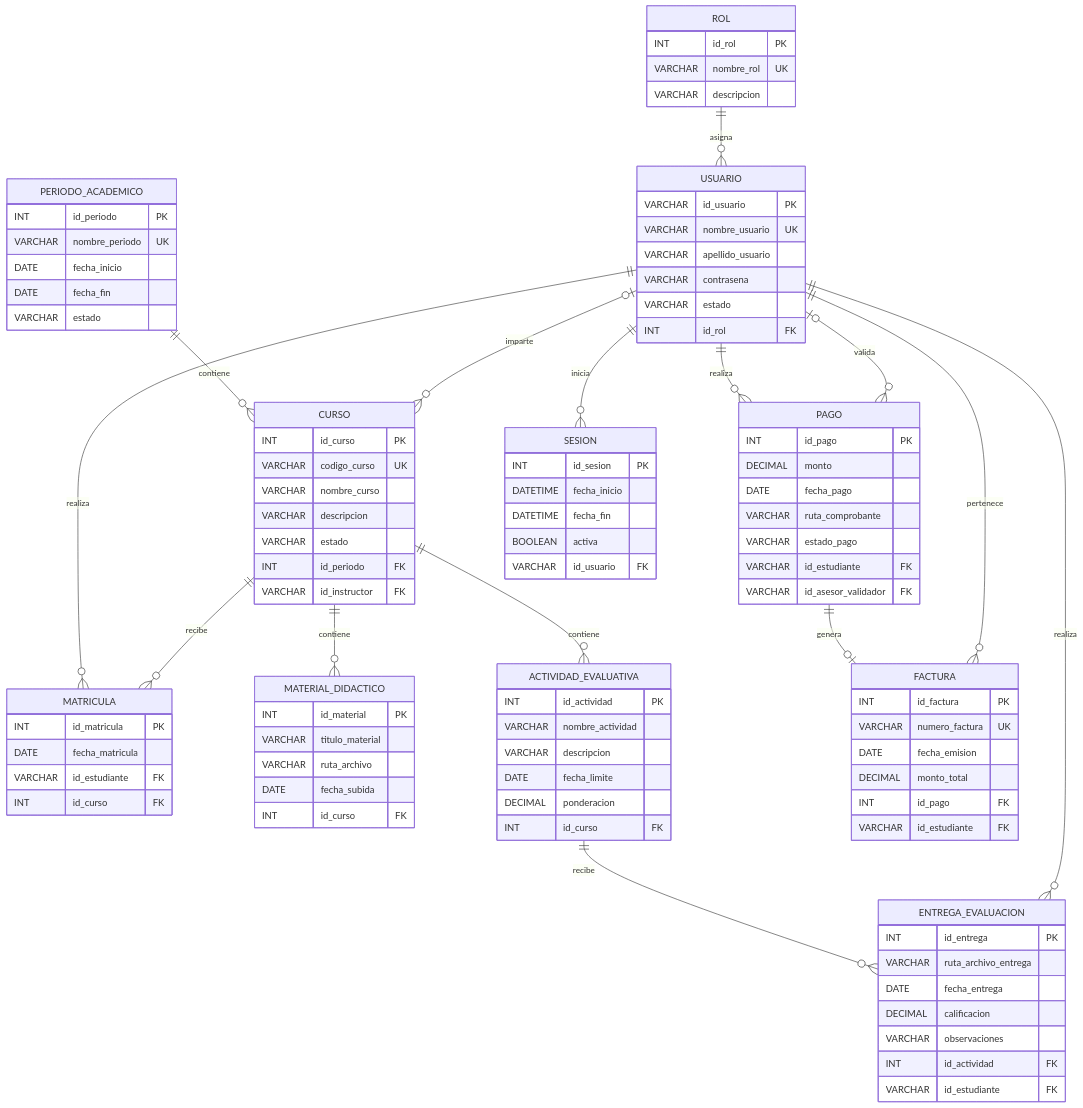
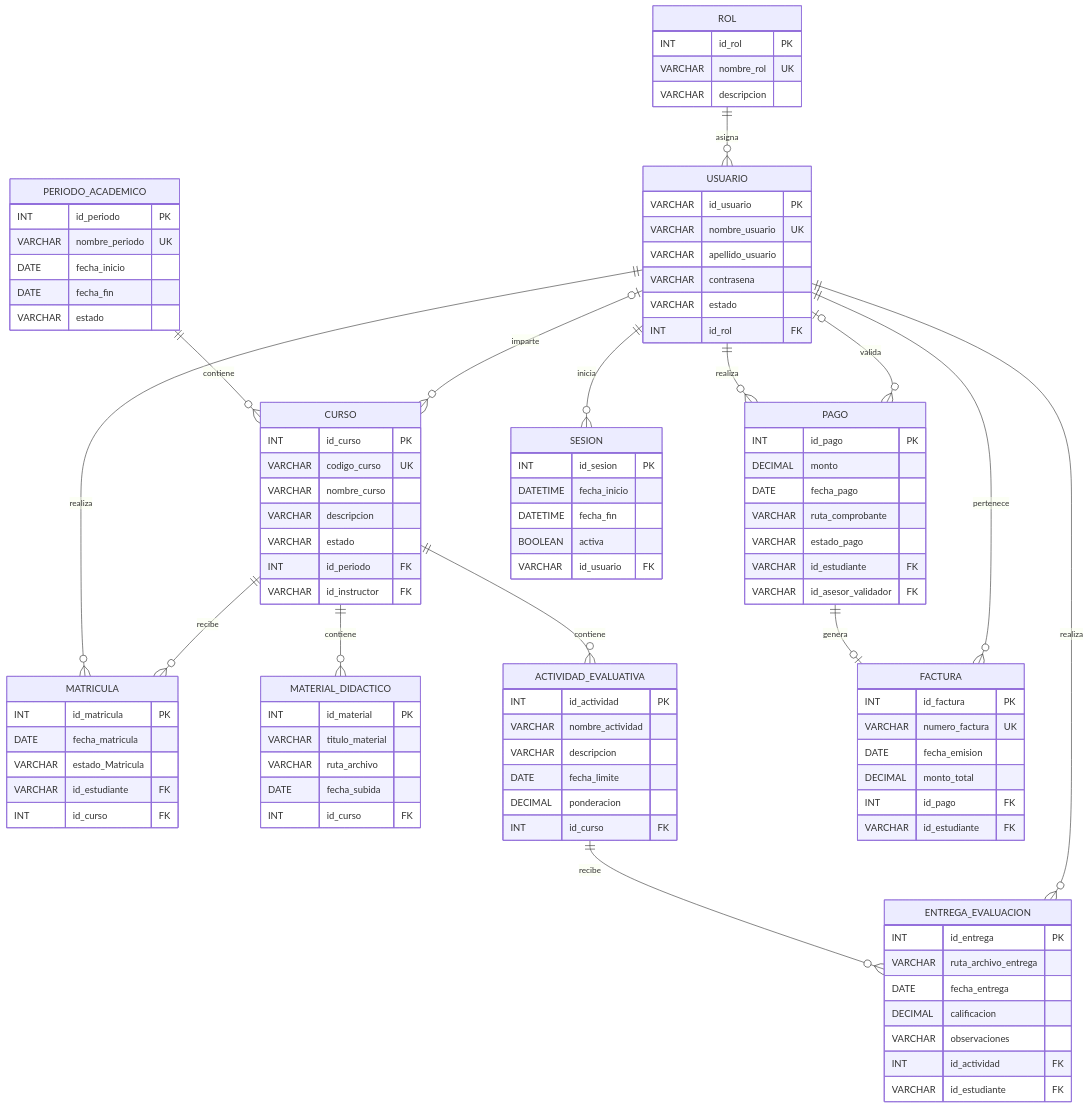
One commit to 2602-Progra-II/prograii-sistema-gestion-academia changed the diagram in docs/uml/05-modelo-relacional.mmd. Above: the diagram before and after it, drawn with Mermaid. The commit also changed 9 other files, not shown here.

Commit message:
docs: actualizar diagramas UML y ER con EstadoMatricula, idAsesorValidador y HU-017

```diff
--- a/docs/uml/05-modelo-relacional.mmd
+++ b/docs/uml/05-modelo-relacional.mmd
@@ -1,120 +1,121 @@
 erDiagram
 
     ROL {
         INT id_rol PK
         VARCHAR nombre_rol UK
         VARCHAR descripcion
     }
 
     USUARIO {
         VARCHAR id_usuario PK
         VARCHAR nombre_usuario UK
         VARCHAR apellido_usuario
         VARCHAR contrasena
         VARCHAR estado
         INT id_rol FK
     }
 
     PERIODO_ACADEMICO {
         INT id_periodo PK
         VARCHAR nombre_periodo UK
         DATE fecha_inicio
         DATE fecha_fin
         VARCHAR estado
     }
 
     CURSO {
         INT id_curso PK
         VARCHAR codigo_curso UK
         VARCHAR nombre_curso
         VARCHAR descripcion
         VARCHAR estado
         INT id_periodo FK
         VARCHAR id_instructor FK
     }
 
     MATRICULA {
         INT id_matricula PK
         DATE fecha_matricula
+        VARCHAR estado_Matricula
         VARCHAR id_estudiante FK
         INT id_curso FK
     }
 
     MATERIAL_DIDACTICO {
         INT id_material PK
         VARCHAR titulo_material
         VARCHAR ruta_archivo
         DATE fecha_subida
         INT id_curso FK
     }
 
     ACTIVIDAD_EVALUATIVA {
         INT id_actividad PK
         VARCHAR nombre_actividad
         VARCHAR descripcion
         DATE fecha_limite
         DECIMAL ponderacion
         INT id_curso FK
     }
 
     ENTREGA_EVALUACION {
         INT id_entrega PK
         VARCHAR ruta_archivo_entrega
         DATE fecha_entrega
         DECIMAL calificacion
         VARCHAR observaciones
         INT id_actividad FK
         VARCHAR id_estudiante FK
     }
 
     PAGO {
         INT id_pago PK
         DECIMAL monto
         DATE fecha_pago
         VARCHAR ruta_comprobante
         VARCHAR estado_pago
         VARCHAR id_estudiante FK
         VARCHAR id_asesor_validador FK
     }
 
     FACTURA {
         INT id_factura PK
         VARCHAR numero_factura UK
         DATE fecha_emision
         DECIMAL monto_total
         INT id_pago FK
         VARCHAR id_estudiante FK
     }
 
     SESION {
         INT id_sesion PK
         DATETIME fecha_inicio
         DATETIME fecha_fin
         BOOLEAN activa
         VARCHAR id_usuario FK
     }
 
 
     ROL ||--o{ USUARIO : asigna
 
     PERIODO_ACADEMICO ||--o{ CURSO : contiene
 
     USUARIO o|--o{ CURSO : imparte
 
     USUARIO ||--o{ MATRICULA : realiza
     CURSO ||--o{ MATRICULA : recibe
 
     CURSO ||--o{ MATERIAL_DIDACTICO : contiene
 
     CURSO ||--o{ ACTIVIDAD_EVALUATIVA : contiene
 
     ACTIVIDAD_EVALUATIVA ||--o{ ENTREGA_EVALUACION : recibe
     USUARIO ||--o{ ENTREGA_EVALUACION : realiza
 
     USUARIO ||--o{ PAGO : realiza
     USUARIO o|--o{ PAGO : valida
 
     PAGO ||--o| FACTURA : genera
     USUARIO ||--o{ FACTURA : pertenece
 
     USUARIO ||--o{ SESION : inicia
```
